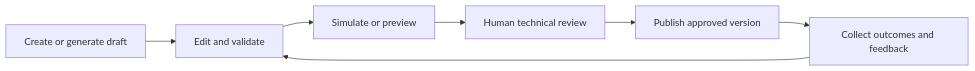
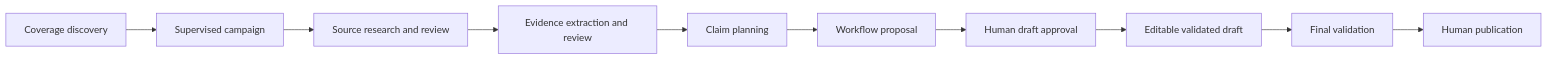
Before and after one commit to grgdougall-crypto/Gnojo: the diagram in README.md, drawn with Mermaid. The commit also changed other lines of this file and 4 other files, not shown here.

````diff
--- a/README.md
+++ b/README.md
@@ -109,9 +101,12 @@
 ```mermaid
 flowchart LR
-    A["Create or generate draft"] --> B["Edit and validate"]
-    B --> C["Simulate or preview"]
-    C --> D["Human technical review"]
-    D --> E["Publish approved version"]
-    E --> F["Collect outcomes and feedback"]
-    F --> B
+    A["Coverage discovery"] --> B["Supervised campaign"]
+    B --> C["Source research and review"]
+    C --> D["Evidence extraction and review"]
+    D --> E["Claim planning"]
+    E --> F["Workflow proposal"]
+    F --> G["Human draft approval"]
+    G --> H["Editable validated draft"]
+    H --> I["Final validation"]
+    I --> J["Human publication"]
 ```
````
